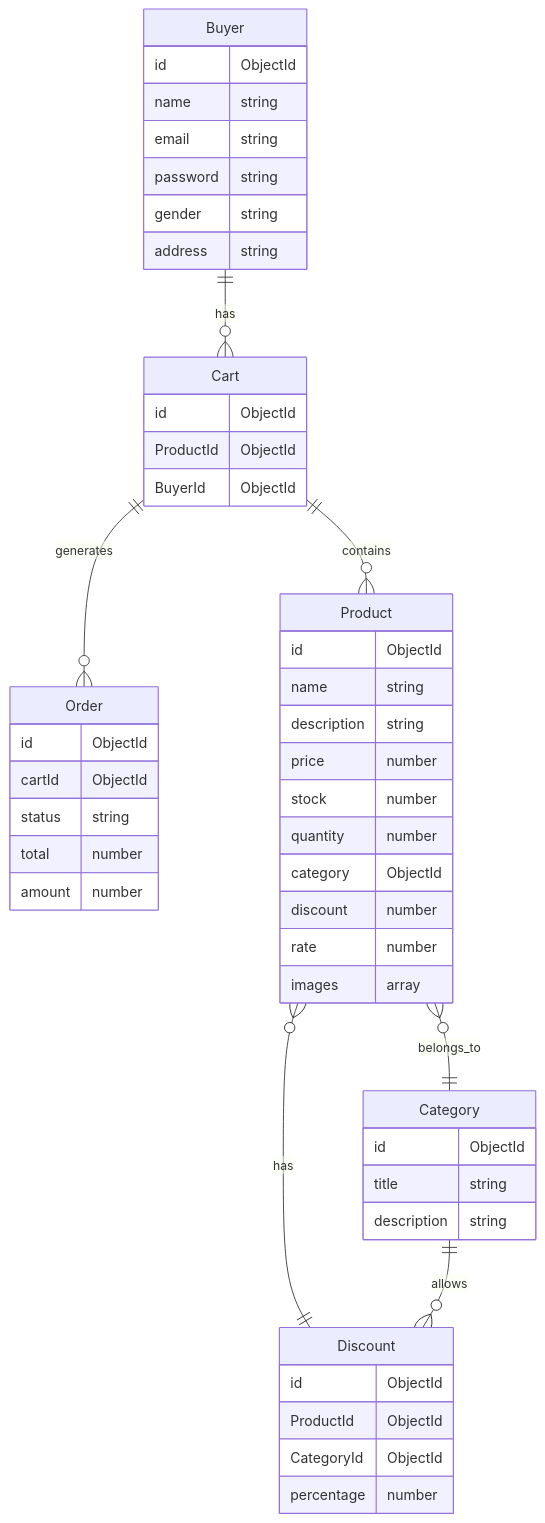
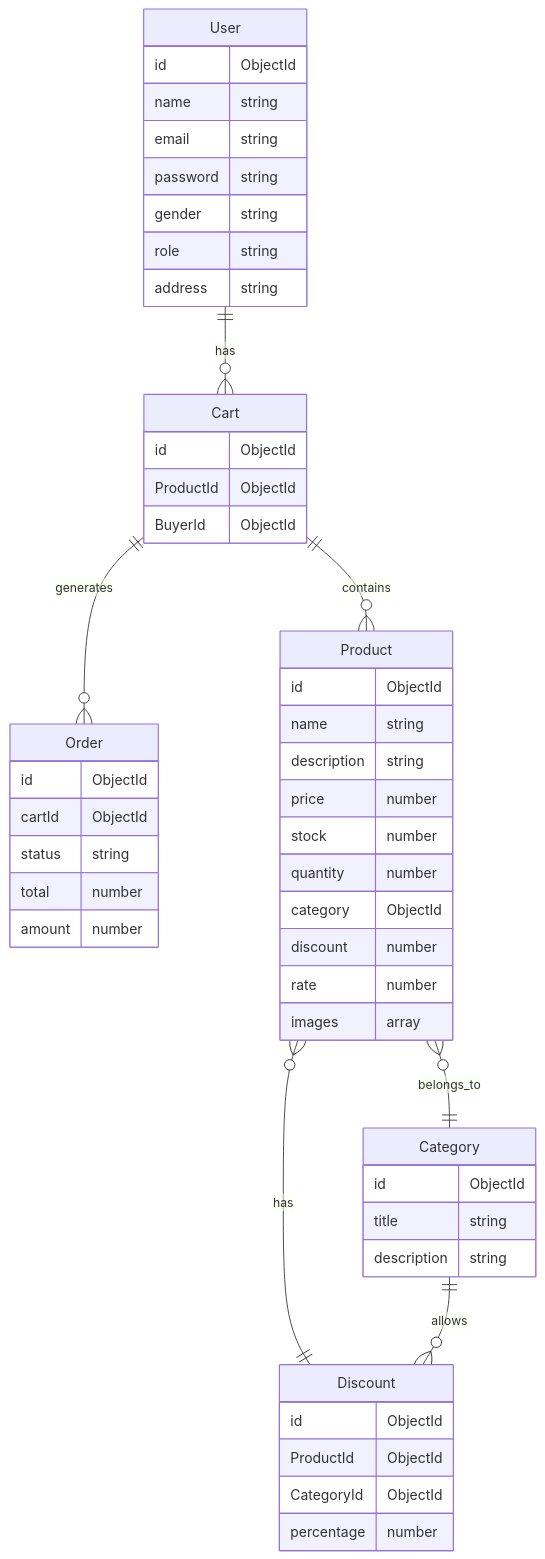
One commit to Team-5-Final-Project-Deep-Dive-25/backend changed the diagram in docs/ERD.md. Above: the diagram before and after it, drawn with Mermaid. The commit also changed 5 other files, not shown here.

````diff
--- a/docs/ERD.md
+++ b/docs/ERD.md
@@ -1,58 +1,59 @@
 ```mermaid
 erDiagram
-    Buyer {
+    User {
         id ObjectId
         name string
         email string
         password string
         gender string
+        role string
         address string
     }
 
     Order {
         id ObjectId
         cartId ObjectId
         status string
         total number
         amount number
     }
 
     Cart {
         id ObjectId
         ProductId ObjectId
         BuyerId ObjectId
     }
 
     Category {
         id ObjectId
         title string
         description string
     }
 
     Discount {
         id ObjectId
         ProductId ObjectId
         CategoryId ObjectId
         percentage number
     }
 
     Product {
         id ObjectId
         name string
         description string
         price number
         stock number
         quantity number
         category ObjectId
         discount number
         rate number
         images array
     }
 
-    Buyer ||--o{ Cart : has
+    User ||--o{ Cart : has
     Cart ||--o{ Product : contains
     Cart ||--o{ Order : generates
     Product }o--|| Category : belongs_to
     Product }o--|| Discount : has
     Category ||--o{ Discount : allows
 ```
````
